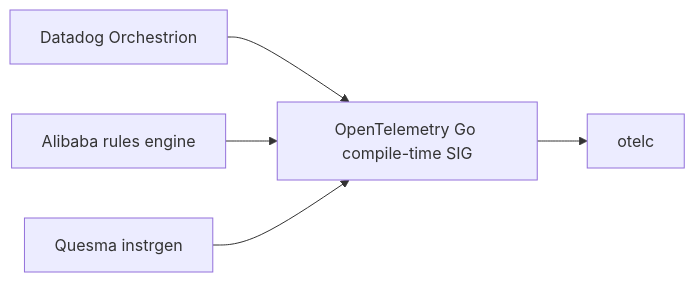
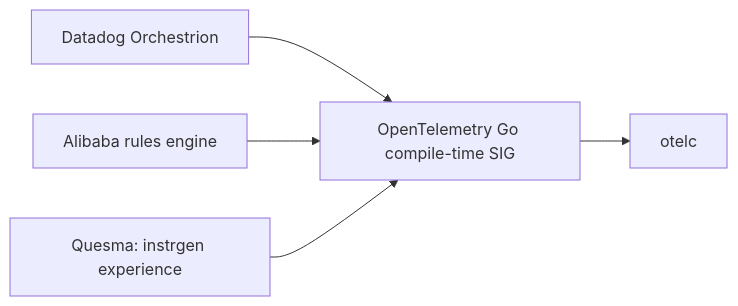
One commit to kakkoyun/golab-26 changed the second of 15 diagrams in talks/without-a-single-line/slides/presentation.md. Above: the diagram before and after it, drawn with Mermaid. The commit also changed other lines of this file and 4 other files, not shown here.

````diff
--- a/talks/without-a-single-line/slides/presentation.md
+++ b/talks/without-a-single-line/slides/presentation.md
@@ -187,7 +187,7 @@
 ```mermaid
 flowchart LR
     A[Datadog Orchestrion] --> D[OpenTelemetry Go compile-time SIG]
     B[Alibaba rules engine] --> D
-    C[Quesma instrgen] --> D
+    C[Quesma: instrgen experience] --> D
     D --> E[otelc]
 ```
````
